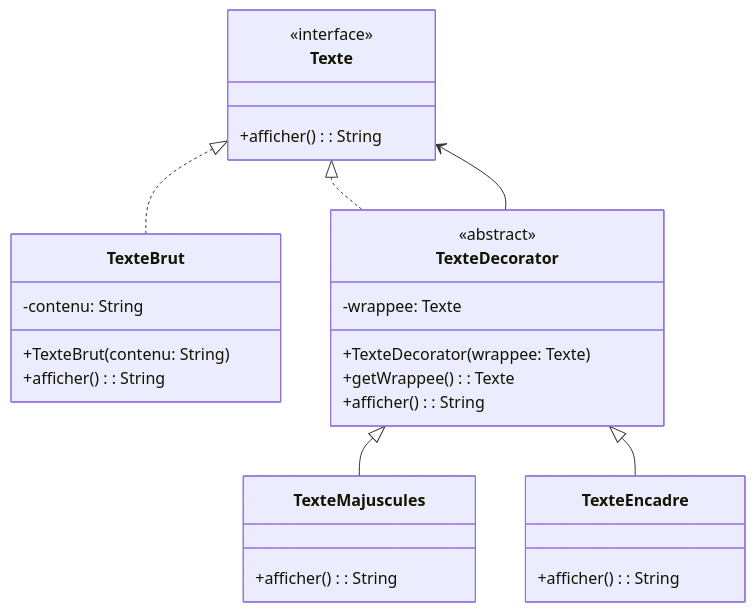
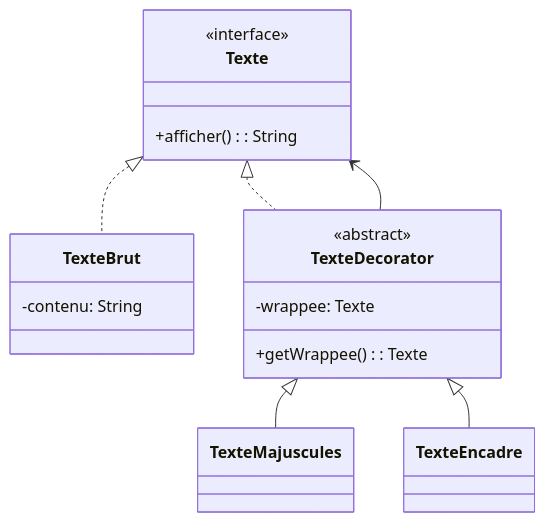
The diagram in _notes/patterns/structure/pattern-decorator.md (ophenix-maisonneuve/420-930-ma-site-web), drawn with Mermaid before and after one commit.

Commit message:
correction mineure diagramme classes decorator

````diff
--- a/_notes/patterns/structure/pattern-decorator.md
+++ b/_notes/patterns/structure/pattern-decorator.md
@@ -28,35 +28,29 @@
 ```mermaid
 classDiagram
 class Texte {
   <<interface>>
   +afficher(): String
 }
 
 class TexteBrut {
   -contenu: String
-  +TexteBrut(contenu: String)
-  +afficher(): String
 }
 
 class TexteDecorator {
   <<abstract>>
   -wrappee: Texte
-  +TexteDecorator(wrappee: Texte)
   +getWrappee(): Texte
-  +afficher(): String
 }
 
 class TexteMajuscules {
-  +afficher(): String
 }
 
 class TexteEncadre {
-  +afficher(): String
 }
 
 Texte <|.. TexteBrut
 Texte <|.. TexteDecorator
 TexteDecorator <|-- TexteMajuscules
 TexteDecorator <|-- TexteEncadre
 TexteDecorator --> Texte
 ```
````
